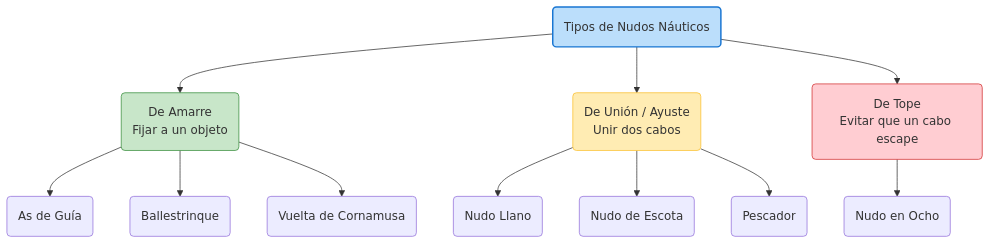
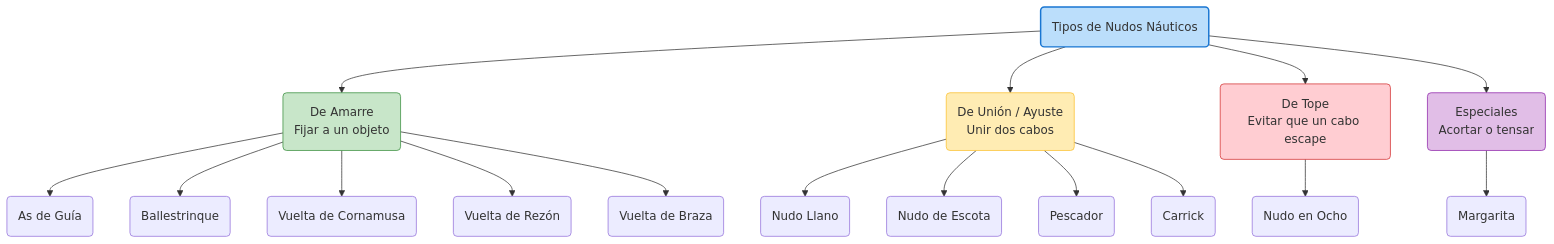
One commit to LegalIntermediaSL/Nautica changed the diagram in nudos/INDEX.md. Above: the diagram before and after it, drawn with Mermaid. The commit also changed other lines of this file and 16 other files, not shown here.

````diff
--- a/nudos/INDEX.md
+++ b/nudos/INDEX.md
@@ -5,24 +5,32 @@
 ```mermaid
 flowchart TD
     Nudos(Tipos de Nudos Náuticos) --> Amarre
     Nudos --> Union
     Nudos --> Tope
+    Nudos --> Otros
     
     Amarre(De Amarre<br>Fijar a un objeto)
     Amarre --> As(As de Guía)
     Amarre --> Ballestrinque(Ballestrinque)
     Amarre --> Cornamusa(Vuelta de Cornamusa)
+    Amarre --> Rezon(Vuelta de Rezón)
+    Amarre --> Braza(Vuelta de Braza)
     
     Union(De Unión / Ayuste<br>Unir dos cabos)
     Union --> Llano(Nudo Llano)
     Union --> Escota(Nudo de Escota)
     Union --> Pescador(Pescador)
+    Union --> Carrick(Carrick)
     
     Tope(De Tope<br>Evitar que un cabo escape)
     Tope --> Ocho(Nudo en Ocho)
+    
+    Otros(Especiales<br>Acortar o tensar)
+    Otros --> Margarita(Margarita)
     
     style Nudos fill:#bbdefb,stroke:#1976d2,stroke-width:2px
     style Amarre fill:#c8e6c9,stroke:#388e3c
     style Union fill:#ffecb3,stroke:#fbc02d
     style Tope fill:#ffcdd2,stroke:#d32f2f
+    style Otros fill:#e1bee7,stroke:#8e24aa
 ```
````
